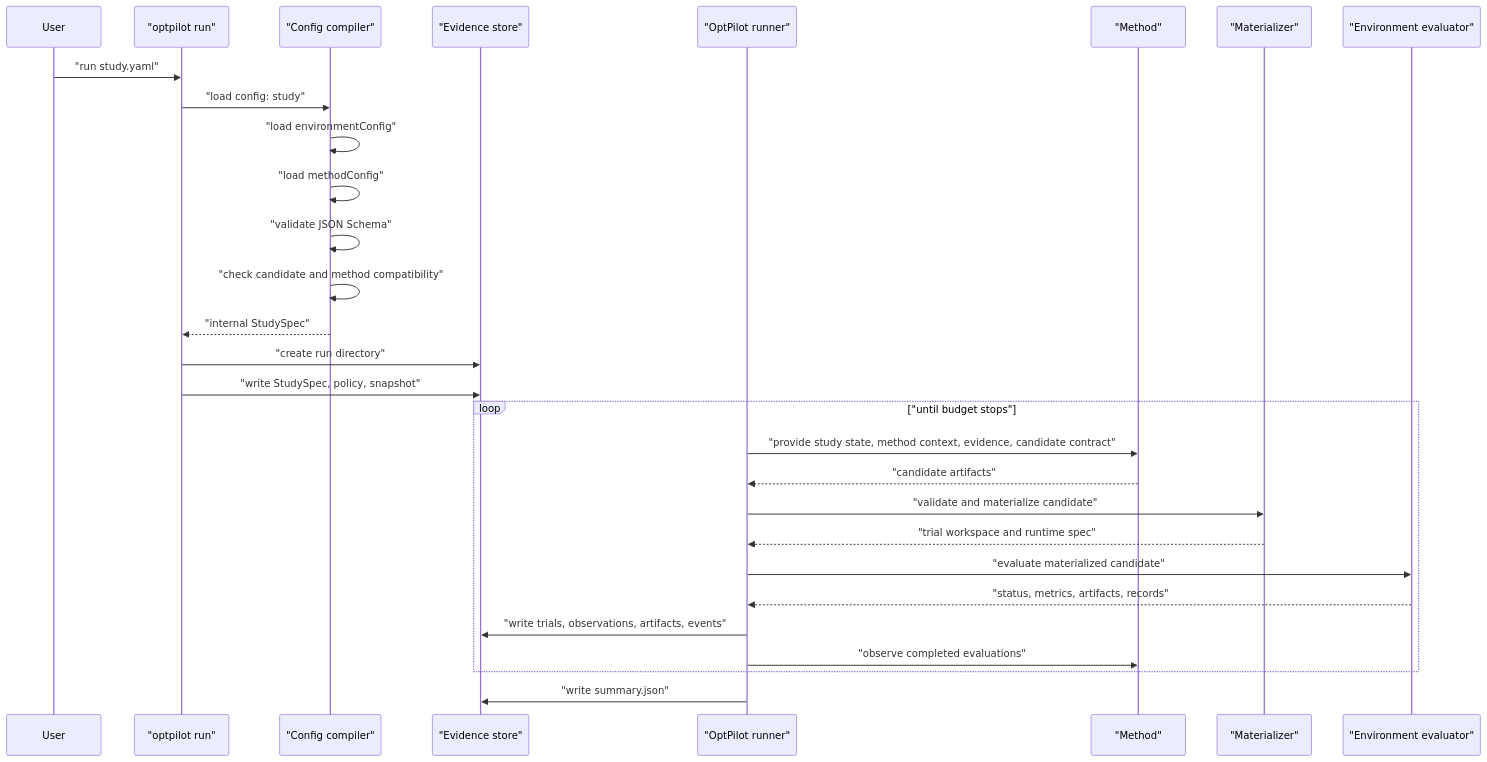
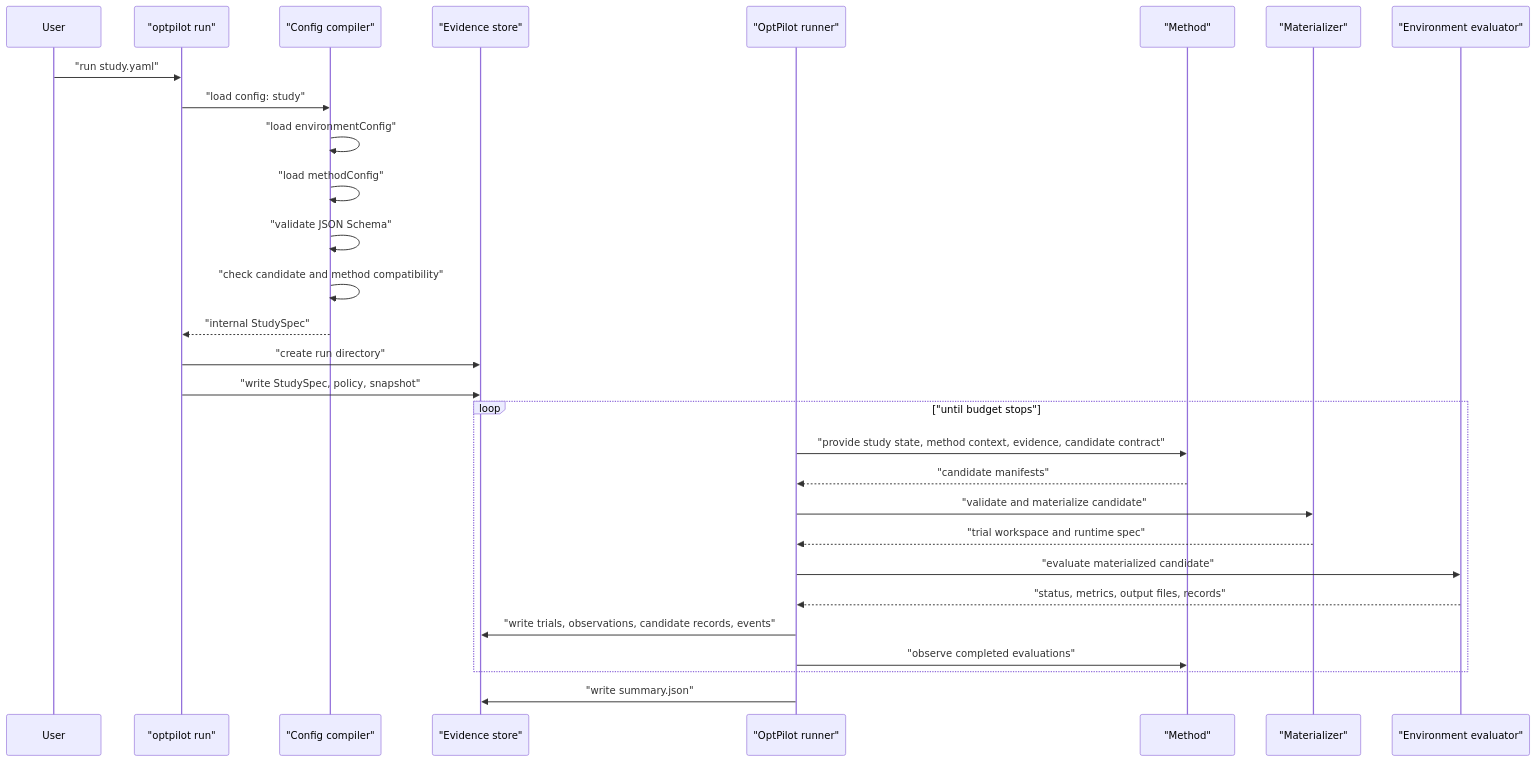
Before and after one commit to MINDS-THU/OptPilot: the diagram in docs/how-it-works.md, drawn with Mermaid. The commit also changed other lines of this file and 46 other files, not shown here.

````diff
--- a/docs/how-it-works.md
+++ b/docs/how-it-works.md
@@ -13,34 +13,34 @@
 ```mermaid
 sequenceDiagram
   participant User
   participant CLI as "optpilot run"
   participant Compiler as "Config compiler"
   participant Store as "Evidence store"
   participant Runner as "OptPilot runner"
   participant Method as "Method"
   participant Materializer as "Materializer"
   participant Evaluator as "Environment evaluator"
 
   User->>CLI: "run study.yaml"
   CLI->>Compiler: "load config: study"
   Compiler->>Compiler: "load environmentConfig"
   Compiler->>Compiler: "load methodConfig"
   Compiler->>Compiler: "validate JSON Schema"
   Compiler->>Compiler: "check candidate and method compatibility"
   Compiler-->>CLI: "internal StudySpec"
   CLI->>Store: "create run directory"
   CLI->>Store: "write StudySpec, policy, snapshot"
 
   loop "until budget stops"
     Runner->>Method: "provide study state, method context, evidence, candidate contract"
-    Method-->>Runner: "candidate artifacts"
+    Method-->>Runner: "candidate manifests"
     Runner->>Materializer: "validate and materialize candidate"
     Materializer-->>Runner: "trial workspace and runtime spec"
     Runner->>Evaluator: "evaluate materialized candidate"
-    Evaluator-->>Runner: "status, metrics, artifacts, records"
-    Runner->>Store: "write trials, observations, artifacts, events"
+    Evaluator-->>Runner: "status, metrics, output files, records"
+    Runner->>Store: "write trials, observations, candidate records, events"
     Runner->>Method: "observe completed evaluations"
   end
 
   Runner->>Store: "write summary.json"
 ```
````
